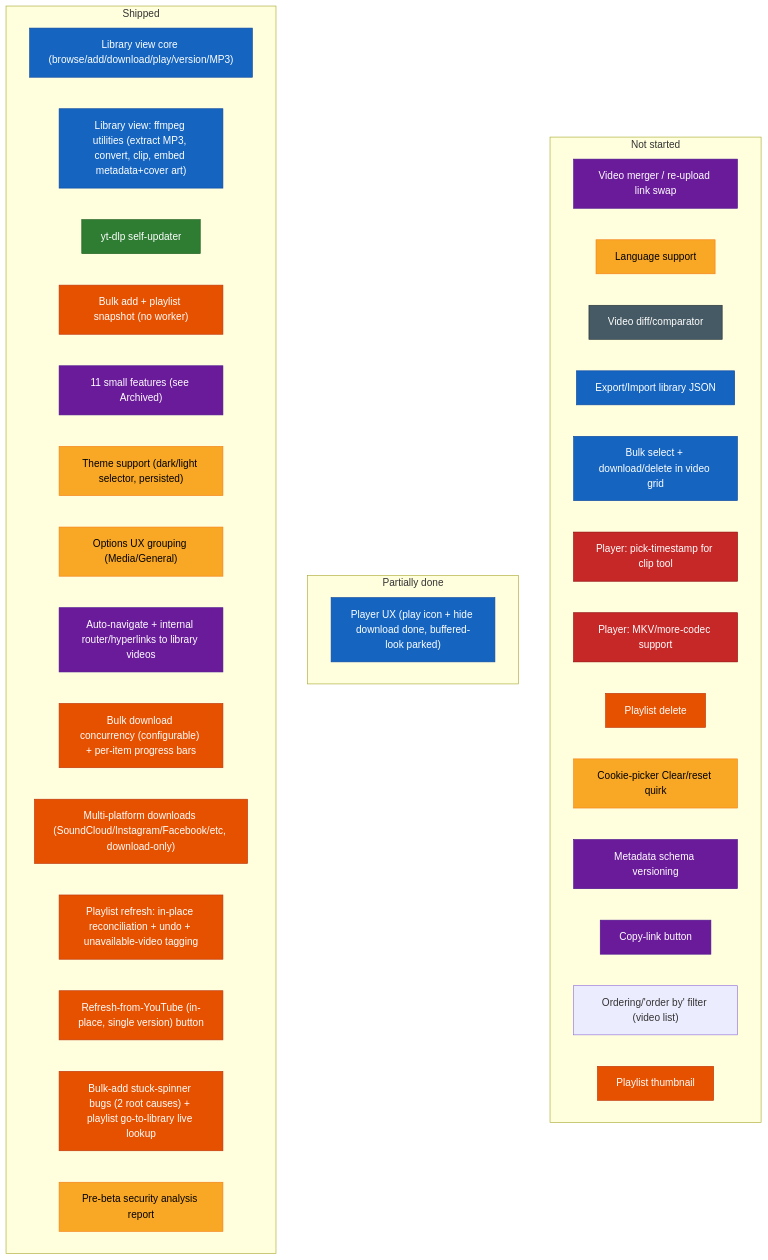
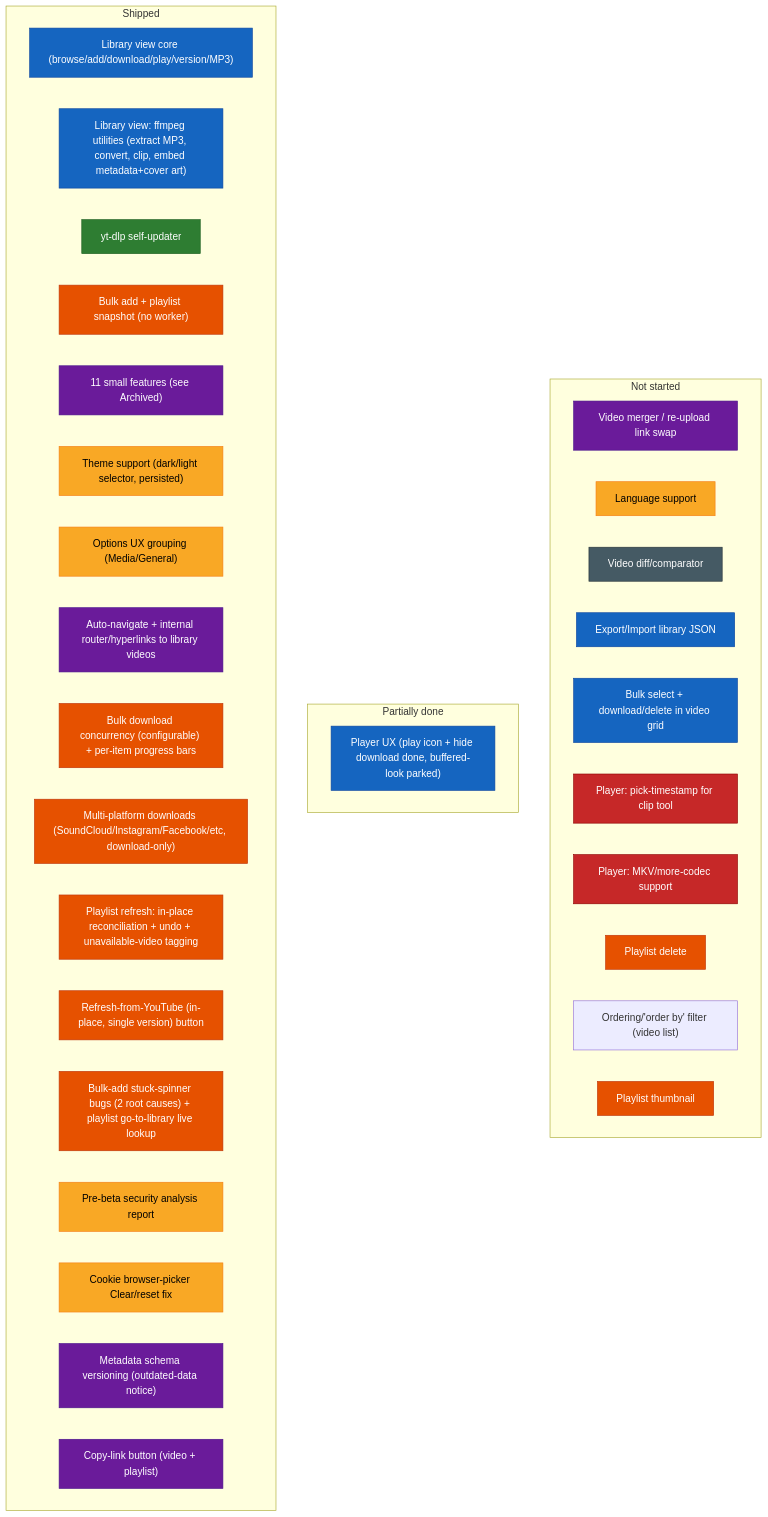
Before and after one commit to SlothSoftworks/Sloth-Archiver: the diagram in futureSpecsFeedback.md, drawn with Mermaid. The commit also changed other lines of this file and 7 other files, not shown here.

````diff
--- a/futureSpecsFeedback.md
+++ b/futureSpecsFeedback.md
@@ -57,60 +65,60 @@
 ```mermaid
 flowchart LR
     classDef library fill:#1565c0,stroke:#0d47a1,color:#fff
     classDef updater fill:#2e7d32,stroke:#1b5e20,color:#fff
     classDef playlist fill:#e65100,stroke:#bf360c,color:#fff
     classDef smallfeat fill:#6a1b9a,stroke:#4a148c,color:#fff
     classDef qol fill:#f9a825,stroke:#f57f17,color:#000
     classDef longshot fill:#455a64,stroke:#263238,color:#fff
     classDef player fill:#c62828,stroke:#8e0000,color:#fff
 
     subgraph DONE["Shipped"]
         direction LR
         d1["Library view core (browse/add/download/play/version/MP3)"]
         d1b["Library view: ffmpeg utilities (extract MP3, convert, clip, embed metadata+cover art)"]
         d2["yt-dlp self-updater"]
         d3["Bulk add + playlist snapshot (no worker)"]
         d4["11 small features (see Archived)"]
         d5["Theme support (dark/light selector, persisted)"]
         d6["Options UX grouping (Media/General)"]
         d7["Auto-navigate + internal router/hyperlinks to library videos"]
         d8["Bulk download concurrency (configurable) + per-item progress bars"]
         d9["Multi-platform downloads (SoundCloud/Instagram/Facebook/etc, download-only)"]
         d10["Playlist refresh: in-place reconciliation + undo + unavailable-video tagging"]
         d11["Refresh-from-YouTube (in-place, single version) button"]
         d12["Bulk-add stuck-spinner bugs (2 root causes) + playlist go-to-library live lookup"]
         d13["Pre-beta security analysis report"]
+        d14["Cookie browser-picker Clear/reset fix"]
+        d15["Metadata schema versioning (outdated-data notice)"]
+        d16["Copy-link button (video + playlist)"]
     end
 
     subgraph PARTIAL["Partially done"]
         direction LR
         p3["Player UX (play icon + hide download done, buffered-look parked)"]
     end
 
     subgraph TODO["Not started"]
         direction LR
         t1["Video merger / re-upload link swap"]
         t6["Language support"]
         t7["Video diff/comparator"]
         t9["Export/Import library JSON"]
         t10["Bulk select + download/delete in video grid"]
         t11["Player: pick-timestamp for clip tool"]
         t12["Player: MKV/more-codec support"]
         t13["Playlist delete"]
-        t14["Cookie-picker Clear/reset quirk"]
-        t15["Metadata schema versioning"]
-        t16["Copy-link button"]
         t17["Ordering/'order by' filter (video list)"]
         t18["Playlist thumbnail"]
     end
 
     DONE ~~~ PARTIAL ~~~ TODO
 
     class d1,d1b,p3,t9,t10 library
     class d2 updater
     class d3,d8,d9,d10,d11,d12,t13,t18 playlist
-    class d4,d7,t1,t15,t16 smallfeat
-    class d5,d6,d13,t6,t14 qol
+    class d4,d7,d15,d16,t1 smallfeat
+    class d5,d6,d13,d14,t6 qol
     class t7 longshot
     class t11,t12 player
 ```
````
